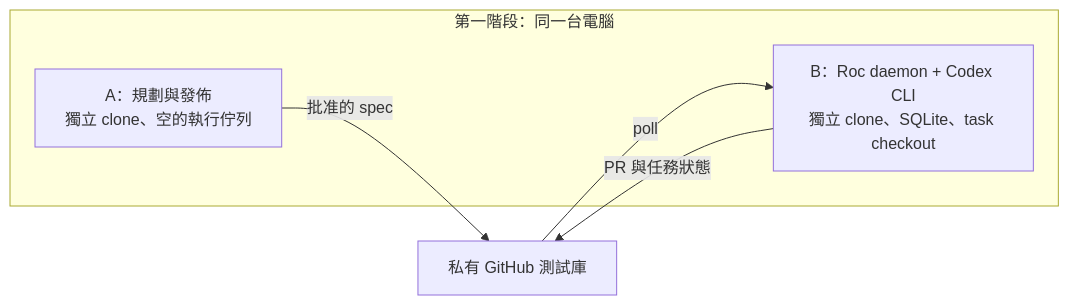
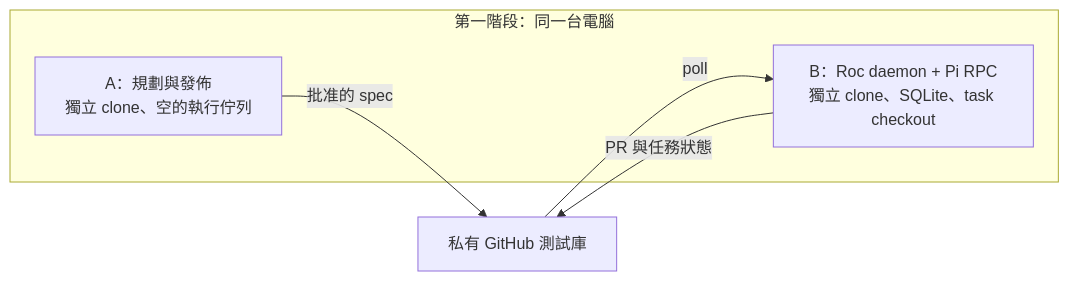
The first of 4 diagrams in docs/design/remote-task-workflow.md (devos-ing/Roc), drawn with Mermaid before and after one commit. The commit also changed other lines of this file and 40 other files, not shown here.

````diff
--- a/docs/design/remote-task-workflow.md
+++ b/docs/design/remote-task-workflow.md
@@ -7,10 +7,10 @@
 ```mermaid
 flowchart LR
     subgraph host["第一階段：同一台電腦"]
       A["A：規劃與發佈<br/>獨立 clone、空的執行佇列"]
-      B["B：Roc daemon + Codex CLI<br/>獨立 clone、SQLite、task checkout"]
+      B["B：Roc daemon + Pi RPC<br/>獨立 clone、SQLite、task checkout"]
     end
     A -->|批准的 spec| G["私有 GitHub 測試庫"]
     G -->|poll| B
     B -->|PR 與任務狀態| G
 ```
````
